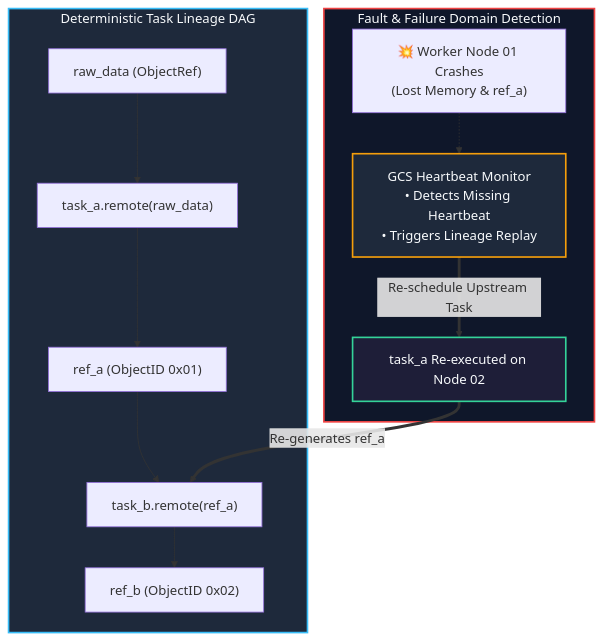
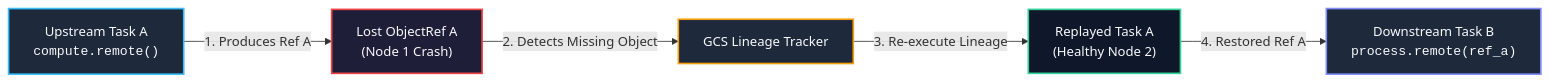
The diagram in docs/guides/05-fault-tolerance.md (dnf0/raylings), drawn with Mermaid before and after one commit. The commit also changed other lines of this file and 22 other files, not shown here.

Commit message:
docs: streamline mermaid diagrams and attach conceptual walkthroughs (#26)

````diff
--- a/docs/guides/05-fault-tolerance.md
+++ b/docs/guides/05-fault-tolerance.md
@@ -17,20 +17,13 @@
 ```mermaid
-flowchart TD
-    subgraph LineageDAG["Deterministic Task Lineage DAG"]
-        Raw["raw_data (ObjectRef)"] --> TaskA["task_a.remote(raw_data)"]
-        TaskA --> RefA["ref_a (ObjectID 0x01)"]
-        RefA --> TaskB["task_b.remote(ref_a)"]
-        TaskB --> RefB["ref_b (ObjectID 0x02)"]
-    end
+flowchart LR
+    TaskA["Upstream Task A<br/><code>compute.remote()</code>"] -->|"1. Produces Ref A"| LostRef["Lost ObjectRef A<br/>(Node 1 Crash)"]
+    LostRef -->|"2. Detects Missing Object"| GCS["GCS Lineage Tracker"]
+    GCS -->|"3. Re-execute Lineage"| TaskAReplay["Replayed Task A<br/>(Healthy Node 2)"]
+    TaskAReplay -->|"4. Restored Ref A"| TaskB["Downstream Task B<br/><code>process.remote(ref_a)</code>"]
 
-    subgraph FailureDomain["Fault & Failure Domain Detection"]
-        NodeCrash["💥 Worker Node 01 Crashes<br/>(Lost Memory & ref_a)"] -.-> GCS_Detector["GCS Heartbeat Monitor<br/>• Detects Missing Heartbeat<br/>• Triggers Lineage Replay"]
-        GCS_Detector ==>|"Re-schedule Upstream Task"| Replay["task_a Re-executed on Node 02"]
-        Replay ==>|"Re-generates ref_a"| TaskB
-    end
-
-    style LineageDAG fill:#1e293b,stroke:#38bdf8,stroke-width:2px,color:#f8fafc
-    style FailureDomain fill:#0f172a,stroke:#ef4444,stroke-width:2px,color:#f8fafc
-    style GCS_Detector fill:#1e293b,stroke:#f59e0b,stroke-width:2px,color:#f8fafc
-    style Replay fill:#1e1e38,stroke:#34d399,stroke-width:2px,color:#f8fafc
+    style TaskA fill:#1e293b,stroke:#38bdf8,stroke-width:2px,color:#f8fafc
+    style LostRef fill:#1e1e38,stroke:#ef4444,stroke-width:2px,color:#f8fafc
+    style GCS fill:#1e293b,stroke:#f59e0b,stroke-width:2px,color:#f8fafc
+    style TaskAReplay fill:#0f172a,stroke:#34d399,stroke-width:2px,color:#f8fafc
+    style TaskB fill:#1e293b,stroke:#818cf8,stroke-width:2px,color:#f8fafc
 ```
````
